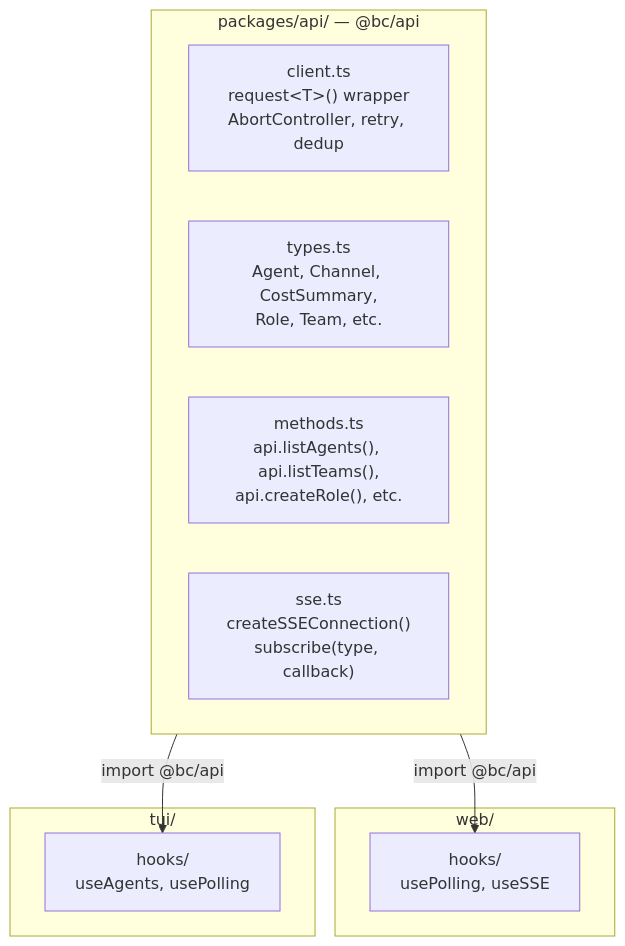
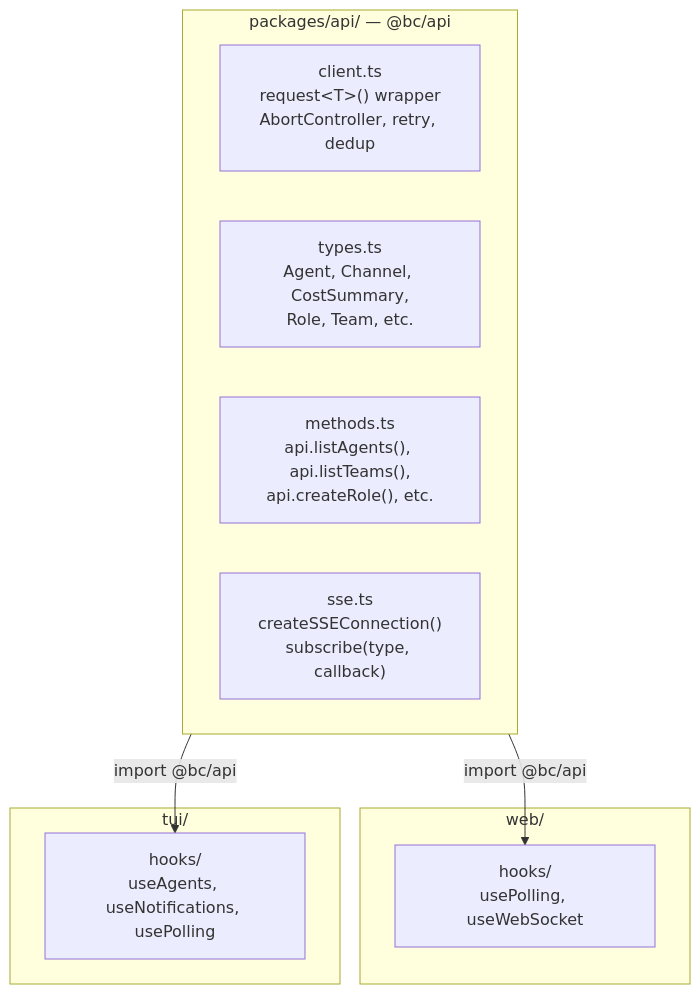
Before and after one commit to rpuneet/bc: the sixth of 8 diagrams in docs/explanation/web-ui.md, drawn with Mermaid. The commit also changed other lines of this file and 5 other files, not shown here.

````diff
--- a/docs/explanation/web-ui.md
+++ b/docs/explanation/web-ui.md
@@ -311,20 +311,20 @@
 ```mermaid
 graph TD
     subgraph pkg ["packages/api/ — @bc/api"]
         Client["client.ts<br/>request&lt;T&gt;() wrapper<br/>AbortController, retry, dedup"]
         Types["types.ts<br/>Agent, Channel, CostSummary,<br/>Role, Team, etc."]
         Methods["methods.ts<br/>api.listAgents(), api.listTeams(),<br/>api.createRole(), etc."]
         SSEClient["sse.ts<br/>createSSEConnection()<br/>subscribe(type, callback)"]
     end
 
     subgraph web ["web/"]
-        WebHooks["hooks/<br/>usePolling, useSSE"]
+        WebHooks["hooks/<br/>usePolling, useWebSocket"]
     end
 
     subgraph tui ["tui/"]
-        TuiHooks["hooks/<br/>useAgents, usePolling"]
+        TuiHooks["hooks/<br/>useAgents, useNotifications, usePolling"]
     end
 
     pkg -->|"import @bc/api"| WebHooks
     pkg -->|"import @bc/api"| TuiHooks
 ```
````
